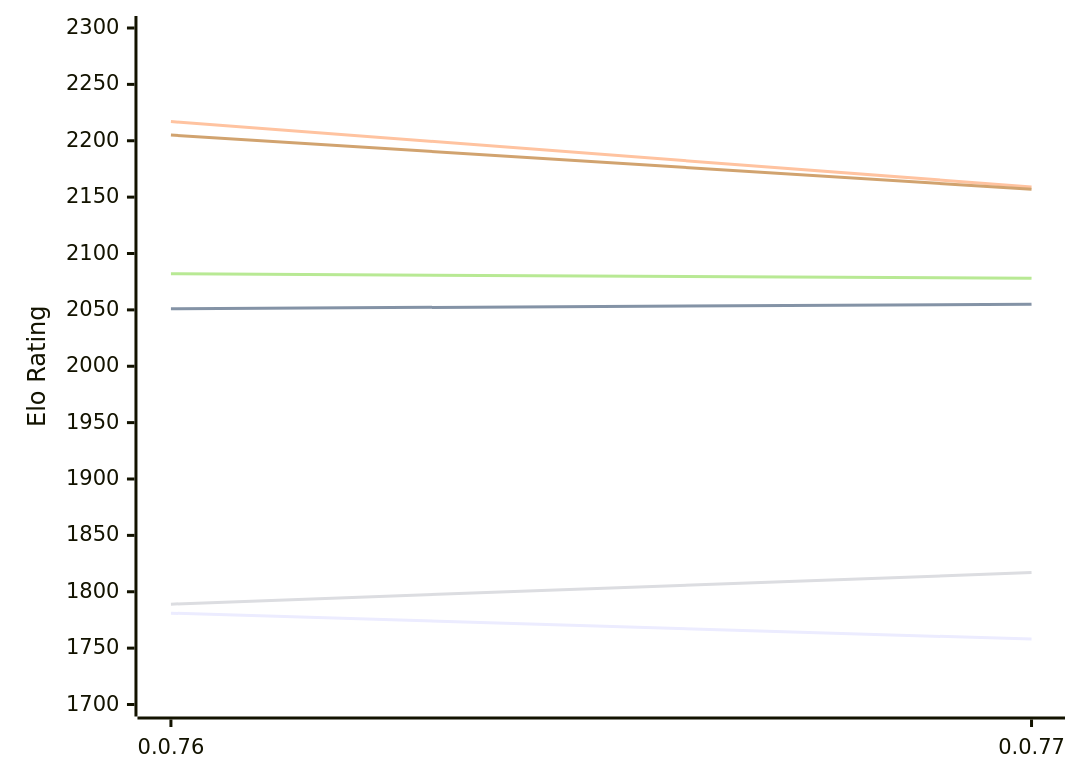
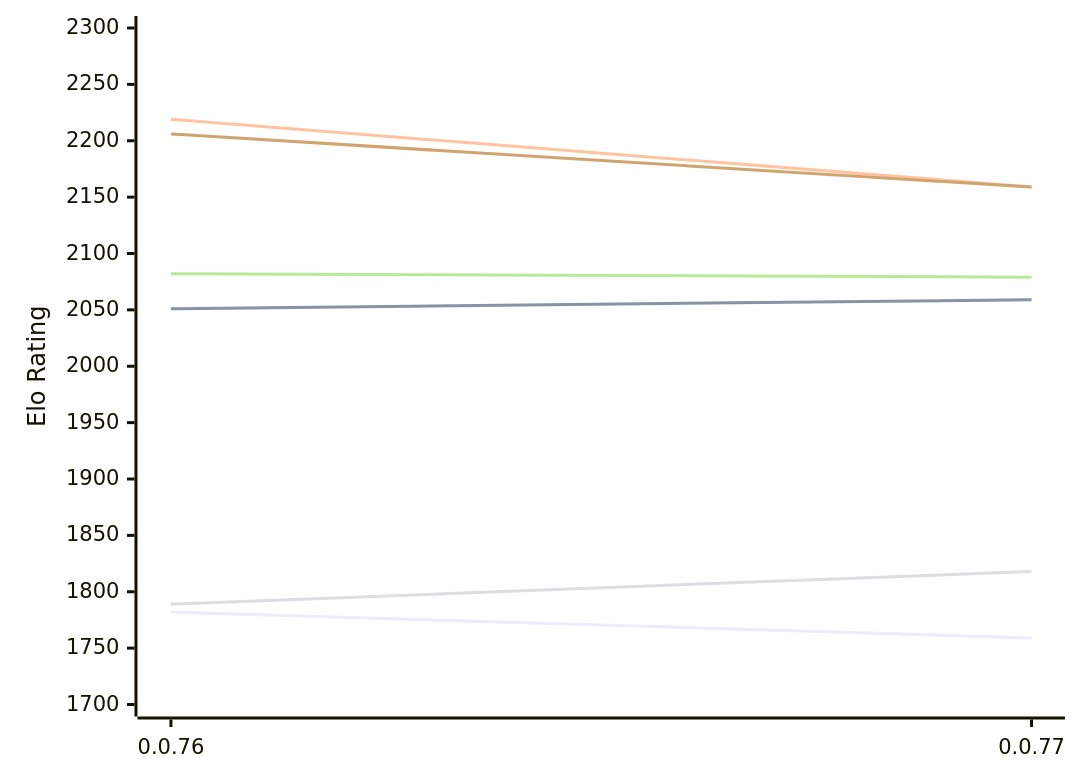
Before and after one commit to computer-chess-index/cci: the first of 2 diagrams in engines/Fktb.md, drawn with Mermaid. The commit also changed other lines of this file, not shown here.

Commit message:
Update CCI Ratings (ELO VLTC) - 2026-11-27

````diff
--- a/engines/Fktb.md
+++ b/engines/Fktb.md
@@ -50,12 +50,12 @@
 ```mermaid
 %%{init: {"theme":"base","themeVariables":{"seriesColors:['#a3a3a3','#222221','#faa371']}}}%%
 xychart-beta
   x-axis ["0.0.76", "0.0.77"]
   y-axis "Elo Rating" 1700 --> 2300
-  line "E1: STC (8.0+0.08s)" [1781, 1758]
-  line "E1: LTC (60.0+0.60s)" [2051, 2055]
-  line "E1: VLTC (2m24s+1.12s)" [2217, 2159]
-  line "P1: STC (8.0+0.08s)" [1789, 1817]
-  line "P1: LTC (60.0+0.60s)" [2082, 2078]
-  line "P1: VLTC (2m24s+1.12s)" [2205, 2157]
+  line "E1: STC (8.0+0.08s)" [1782, 1759]
+  line "E1: LTC (60.0+0.60s)" [2051, 2059]
+  line "E1: VLTC (2m24s+1.12s)" [2219, 2159]
+  line "P1: STC (8.0+0.08s)" [1789, 1818]
+  line "P1: LTC (60.0+0.60s)" [2082, 2079]
+  line "P1: VLTC (2m24s+1.12s)" [2206, 2159]
 ```
````
